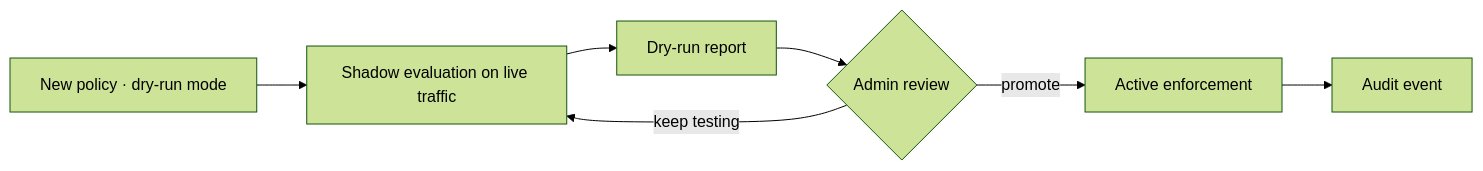
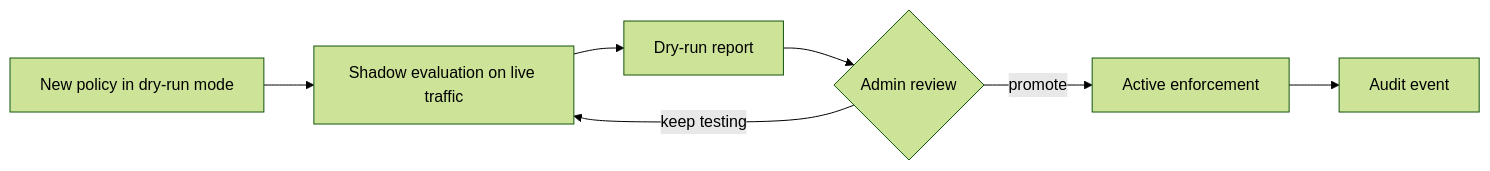
One commit to avs6/runledger-community changed the diagram in docs/governance/policy-dry-run.mdx. Above: the diagram before and after it, drawn with Mermaid (forest theme). The commit also changed other lines of this file and 51 other files, not shown here.

````diff
--- a/docs/governance/policy-dry-run.mdx
+++ b/docs/governance/policy-dry-run.mdx
@@ -17,9 +17,9 @@
 ```mermaid
 flowchart LR
-  policy[New policy · dry-run mode] --> shadow[Shadow evaluation on live traffic]
-  shadow --> report[Dry-run report]
-  report --> review{Admin review}
-  review -- promote --> enforce[Active enforcement]
+  policy["New policy in dry-run mode"] --> shadow["Shadow evaluation on live traffic"]
+  shadow --> report["Dry-run report"]
+  report --> review{"Admin review"}
+  review -- promote --> enforce["Active enforcement"]
   review -- keep testing --> shadow
-  enforce --> audit[Audit event]
+  enforce --> audit["Audit event"]
 ```
````
